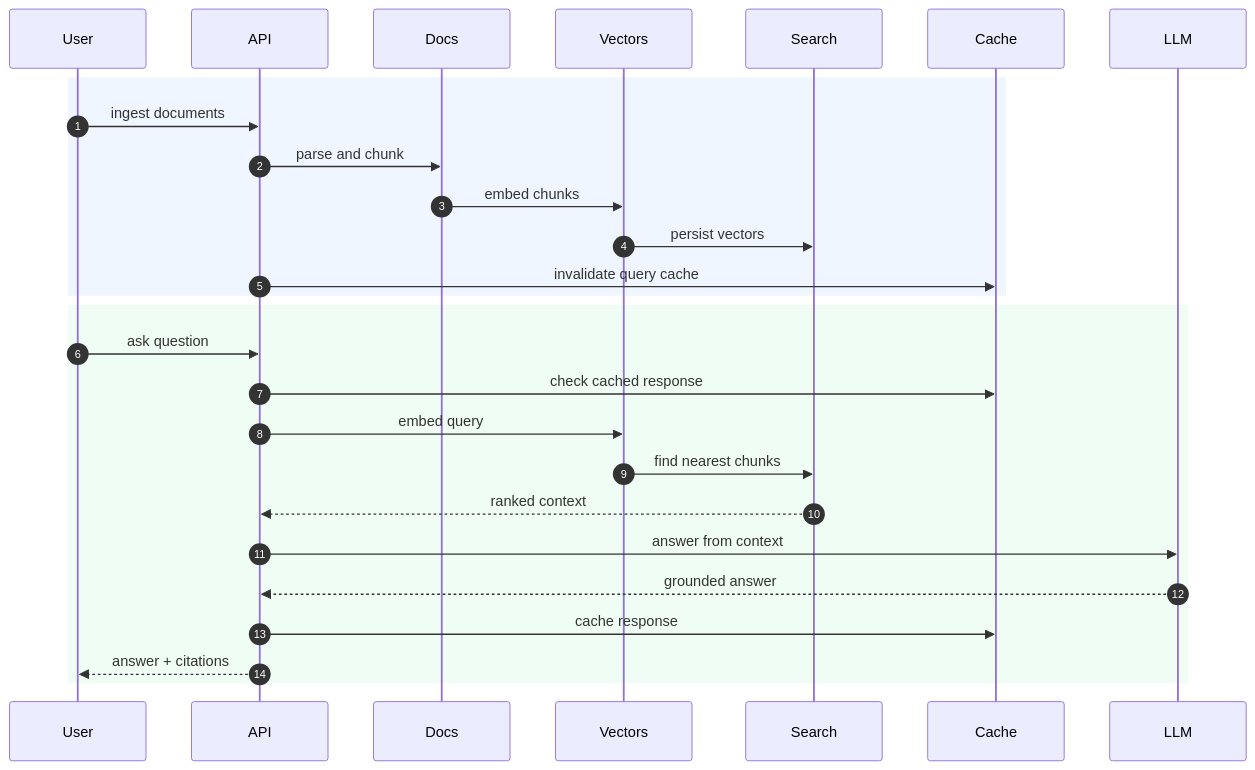
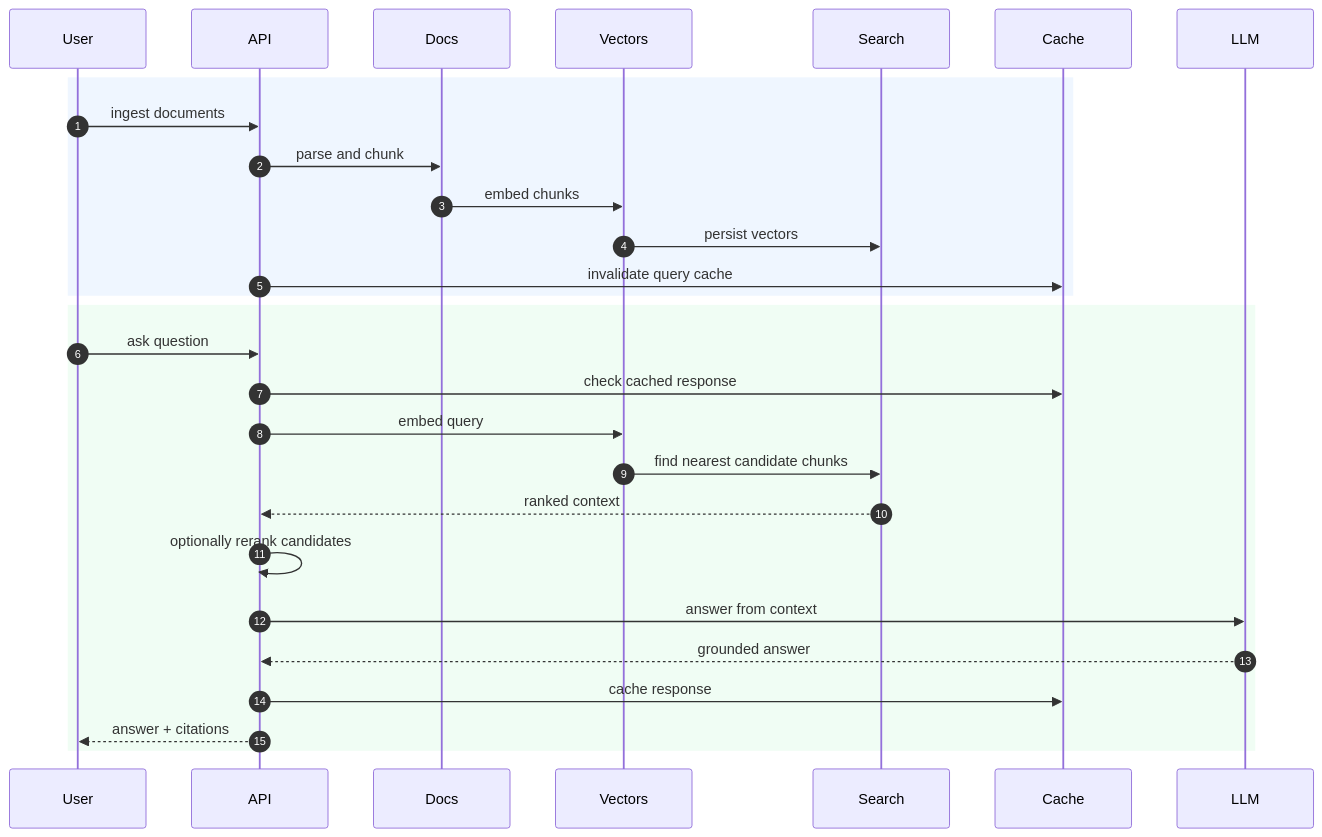
Before and after one commit to gaganm1124/knowledge-assistant: the second of 3 diagrams in README.md, drawn with Mermaid. The commit also changed other lines of this file and 9 other files, not shown here.

````diff
--- a/README.md
+++ b/README.md
@@ -76,31 +78,32 @@
 ```mermaid
 sequenceDiagram
     autonumber
     participant User
     participant API
     participant Docs
     participant Vectors
     participant Search
     participant Cache
     participant LLM
 
     rect rgb(239, 246, 255)
         User->>API: ingest documents
         API->>Docs: parse and chunk
         Docs->>Vectors: embed chunks
         Vectors->>Search: persist vectors
         API->>Cache: invalidate query cache
     end
 
     rect rgb(240, 253, 244)
         User->>API: ask question
         API->>Cache: check cached response
         API->>Vectors: embed query
-        Vectors->>Search: find nearest chunks
+        Vectors->>Search: find nearest candidate chunks
         Search-->>API: ranked context
+        API->>API: optionally rerank candidates
         API->>LLM: answer from context
         LLM-->>API: grounded answer
         API->>Cache: cache response
         API-->>User: answer + citations
     end
 ```
````
